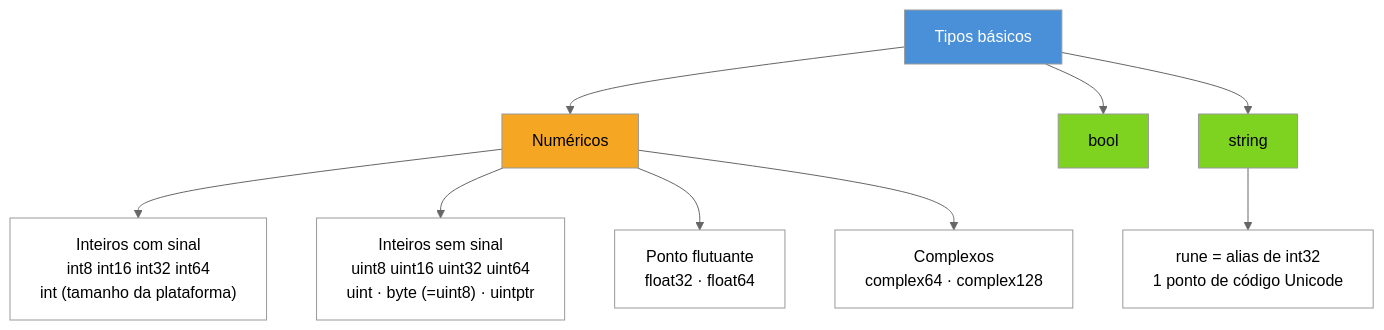
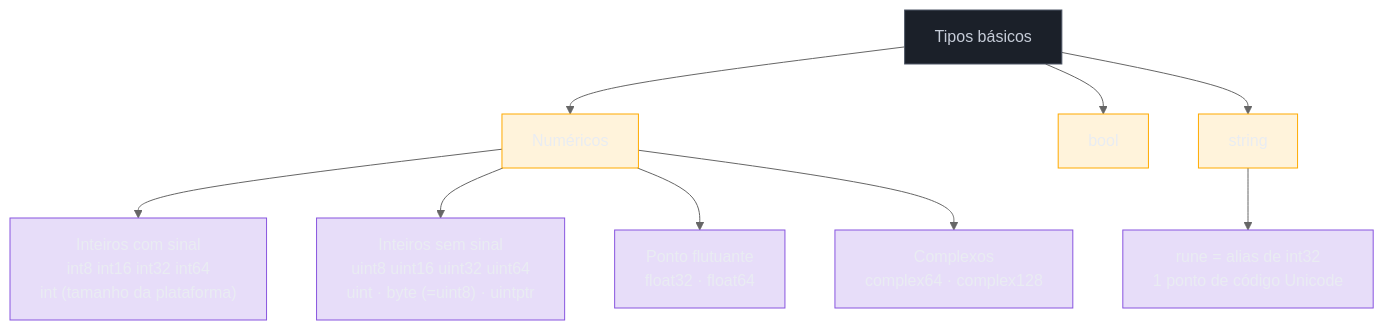
The diagram in 03-Dominios/Tecnologia/Go/01 - Fundamentos e sintaxe/02 - Variáveis, tipos básicos e zero values.md (josenaldo/codex-technomanticus), drawn with Mermaid (neutral theme) before and after one commit. The commit also changed 1181 other files, not shown here.

First line of the commit message:
fix(diagramas): paleta do sistema no lugar de cor cravada no markdown

````diff
--- a/03-Dominios/Tecnologia/Go/01 - Fundamentos e sintaxe/02 - Variáveis, tipos básicos e zero values.md
+++ b/03-Dominios/Tecnologia/Go/01 - Fundamentos e sintaxe/02 - Variáveis, tipos básicos e zero values.md
@@ -124,23 +124,26 @@
 ```mermaid
 flowchart TD
+    classDef neutro fill:#1B2029,stroke:#4E5666,color:#C6CCD8
+    classDef destaque fill:#FFAA0024,stroke:#FFAA00,color:#E9ECF2
+    classDef marca fill:#8855DF33,stroke:#8855DF,color:#E9ECF2
     T["Tipos básicos"] --> N["Numéricos"]
     T --> B["bool"]
     T --> S["string"]
 
     N --> INT["Inteiros com sinal<br/>int8 int16 int32 int64<br/>int (tamanho da plataforma)"]
     N --> UINT["Inteiros sem sinal<br/>uint8 uint16 uint32 uint64<br/>uint · byte (=uint8) · uintptr"]
     N --> FLOAT["Ponto flutuante<br/>float32 · float64"]
     N --> CPLX["Complexos<br/>complex64 · complex128"]
 
     S --> RUNE["rune = alias de int32<br/>1 ponto de código Unicode"]
 
-    style T fill:#4A90D9,color:#fff
-    style N fill:#F5A623,color:#000
-    style B fill:#7ED321,color:#000
-    style S fill:#7ED321,color:#000
-    style INT fill:#fff,color:#000
-    style UINT fill:#fff,color:#000
-    style FLOAT fill:#fff,color:#000
-    style CPLX fill:#fff,color:#000
-    style RUNE fill:#fff,color:#000
+    class T neutro
+    class N destaque
+    class B destaque
+    class S destaque
+    class INT marca
+    class UINT marca
+    class FLOAT marca
+    class CPLX marca
+    class RUNE marca
 ```
````
